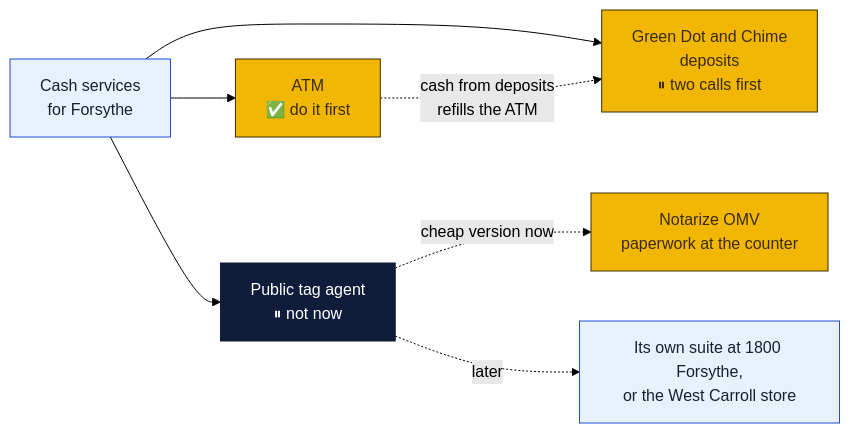
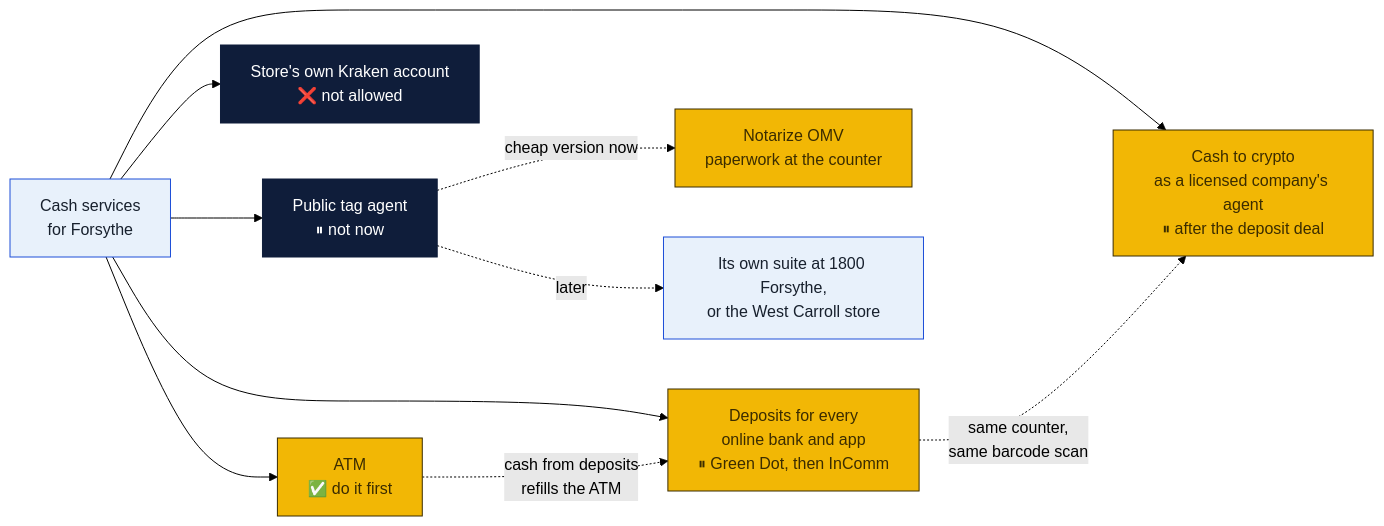
One commit to wbp318/goin-postal-forsythe changed the first of 8 diagrams in monetization/cash-services/README.md. Above: the diagram before and after it, drawn with Mermaid (forest theme). The commit also changed other lines of this file and 4 other files, not shown here.

First line of the commit message:
Cash services plan: deposits for every online bank and app, and cash to crypto as a licensed company's agent; version 1.87.2

````diff
--- a/monetization/cash-services/README.md
+++ b/monetization/cash-services/README.md
@@ -25,12 +26,15 @@
 ```mermaid
 flowchart LR
   Q["Cash services<br/>for Forsythe"]:::you --> A["ATM<br/>✅ do it first"]:::local
-  Q --> G["Green Dot and Chime<br/>deposits<br/>⏸ two calls first"]:::local
+  Q --> G["Deposits for every<br/>online bank and app<br/>⏸ Green Dot, then InComm"]:::local
+  Q --> X["Cash to crypto<br/>as a licensed company's agent<br/>⏸ after the deposit deal"]:::local
+  G -.->|"same counter,<br/>same barcode scan"| X
+  Q --> KR["Store's own Kraken account<br/>❌ not allowed"]:::cloud
   Q --> D["Public tag agent<br/>⏸ not now"]:::cloud
   A -.->|"cash from deposits<br/>refills the ATM"| G
   D -.->|"cheap version now"| N["Notarize OMV<br/>paperwork at the counter"]:::local
   D -.->|"later"| W["Its own suite at 1800 Forsythe,<br/>or the West Carroll store"]:::you
   classDef local fill:#f2b705,stroke:#3b2c00,color:#3b2c00
   classDef cloud fill:#0f1d3a,stroke:#0f1d3a,color:#ffffff
   classDef you fill:#e8f1fb,stroke:#1d4ed8,color:#17202d
 ```
````
